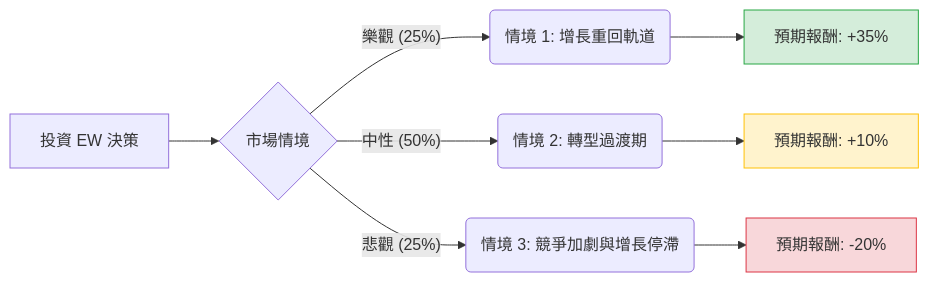
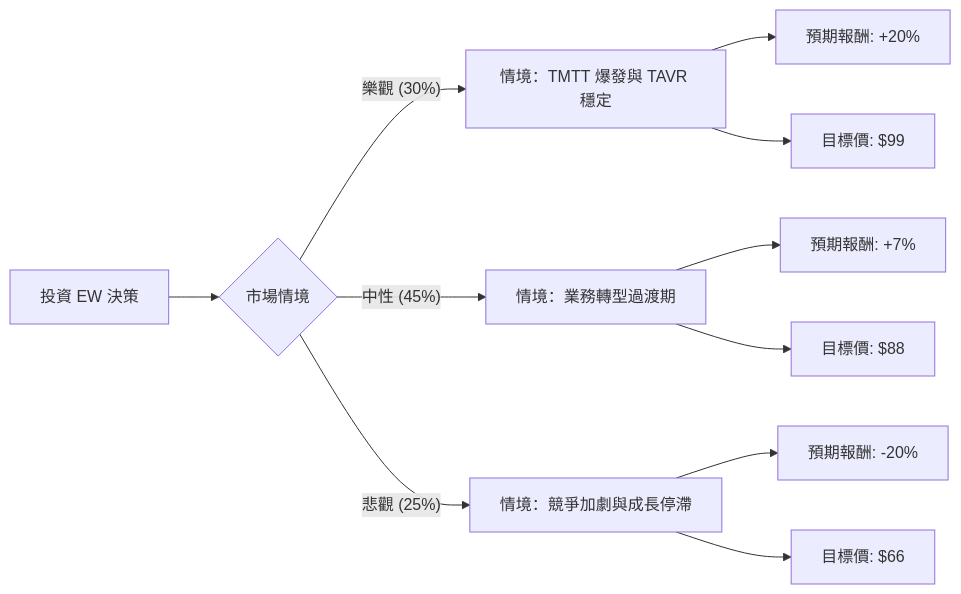
The diagram in plugin-react/ai-analysis/ev-analysis/EW.md (zmcx16/zmcx16.github.io), drawn with Mermaid before and after one commit. The commit also changed other lines of this file and 75 other files, not shown here.

````diff
--- a/plugin-react/ai-analysis/ev-analysis/EW.md
+++ b/plugin-react/ai-analysis/ev-analysis/EW.md
@@ -20,16 +19,16 @@
 ```mermaid
 graph LR
     A[投資 EW 決策] --> B{市場情境}
     
-    B -- 樂觀 (25%) --> C(情境 1: 增長重回軌道)
-    B -- 中性 (50%) --> D(情境 2: 轉型過渡期)
-    B -- 悲觀 (25%) --> E(情境 3: 競爭加劇與增長停滯)
+    B -- 樂觀 (30%) --> C[情境：TMTT 爆發與 TAVR 穩定]
+    C --> C1[預期報酬: +20%]
+    C --> C2[目標價: $99]
 
-    C --> C1[預期報酬: +35%]
-    D --> D1[預期報酬: +10%]
+    B -- 中性 (45%) --> D[情境：業務轉型過渡期]
+    D --> D1[預期報酬: +7%]
+    D --> D2[目標價: $88]
+
+    B -- 悲觀 (25%) --> E[情境：競爭加劇與成長停滯]
     E --> E1[預期報酬: -20%]
-
-    style C1 fill:#d4edda,stroke:#28a745
-    style D1 fill:#fff3cd,stroke:#ffc107
-    style E1 fill:#f8d7da,stroke:#dc3545
+    E --> E2[目標價: $66]
 ```
````
